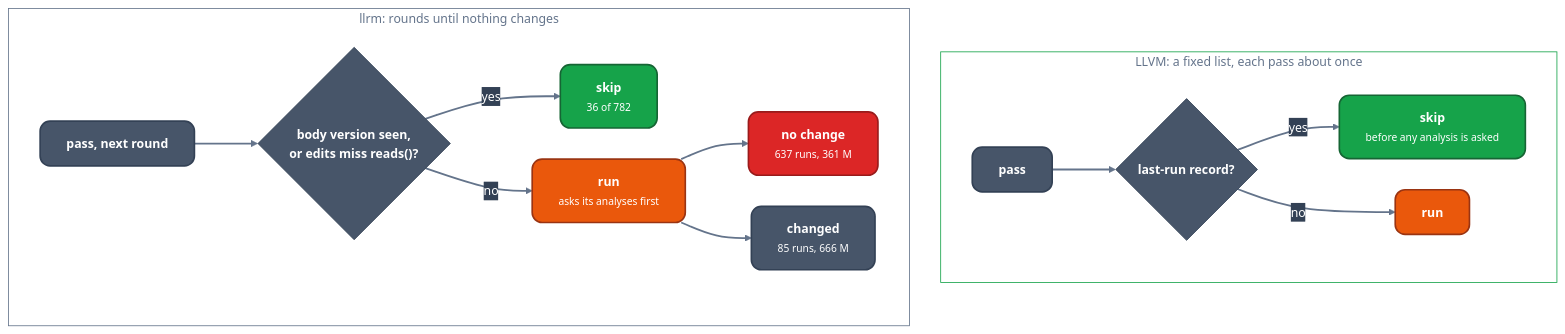
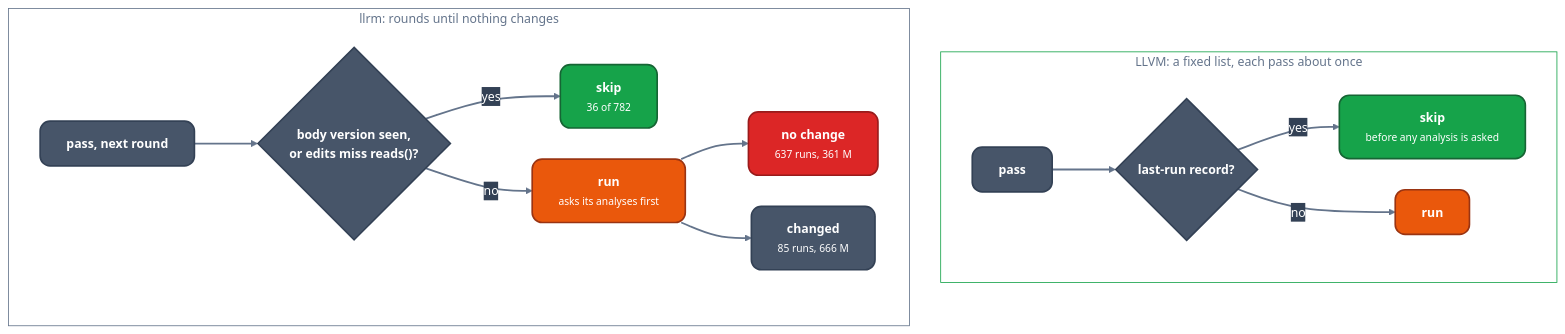
The diagram in docs/comparison/llvm/idle.md (ali-mosavian/llrm), drawn with Mermaid before and after one commit. The commit also changed 2 other files, not shown here.

Commit message:
docs(comparison): backend step by step on d_faces, figure classes and legend

````diff
--- a/docs/comparison/llvm/idle.md
+++ b/docs/comparison/llvm/idle.md
@@ -87,35 +87,35 @@
 ```mermaid
 %%{init: {'theme':'base','themeVariables':{'fontFamily':'Segoe UI, Helvetica Neue, Arial, DejaVu Sans, sans-serif','fontSize':'15px','primaryColor':'#475569','primaryTextColor':'#ffffff','primaryBorderColor':'#334155','lineColor':'#64748b','secondaryColor':'#475569','tertiaryColor':'transparent','clusterBkg':'transparent','clusterBorder':'#64748b','edgeLabelBackground':'#334155','textColor':'#64748b','titleColor':'#64748b'},'flowchart':{'curve':'basis','nodeSpacing':38,'rankSpacing':52,'padding':16,'wrappingWidth':360,'htmlLabels':true,'useMaxWidth':true}}}%%
 flowchart TB
   classDef mid fill:#475569,stroke:#334155,stroke-width:2px,color:#ffffff,rx:12px,ry:12px
   classDef opt fill:#ea580c,stroke:#9a3412,stroke-width:2px,color:#ffffff,rx:12px,ry:12px
   classDef out fill:#16a34a,stroke:#166534,stroke-width:2px,color:#ffffff,rx:12px,ry:12px
   classDef warn fill:#dc2626,stroke:#991b1b,stroke-width:2px,color:#ffffff,rx:12px,ry:12px
   linkStyle default stroke:#64748b,stroke-width:2.2px
   subgraph LV["LLVM: a fixed list, each pass about once"]
     direction LR
     a1["<b>pass</b>"]:::mid
-    a2{"<b>last-run record?</b>"}
+    a2{"<b>last-run record?</b>"}:::mid
     a3["<b>skip</b><br/><small>before any analysis is asked</small>"]:::out
     a4["<b>run</b>"]:::opt
     a1 --> a2
     a2 -->|"yes"| a3
     a2 -->|"no"| a4
   end
   subgraph RK["llrm: rounds until nothing changes"]
     direction LR
     b1["<b>pass, next round</b>"]:::mid
-    b2{"<b>body version seen,<br/>or edits miss reads()?</b>"}
+    b2{"<b>body version seen,<br/>or edits miss reads()?</b>"}:::mid
     b3["<b>skip</b><br/><small>36 of 782</small>"]:::out
     b4["<b>run</b><br/><small>asks its analyses first</small>"]:::opt
     b5["<b>no change</b><br/><small>637 runs, 361 M</small>"]:::warn
     b6["<b>changed</b><br/><small>85 runs, 666 M</small>"]:::mid
     b1 --> b2
     b2 -->|"yes"| b3
     b2 -->|"no"| b4
     b4 --> b5
     b4 --> b6
   end
   style LV fill:transparent,stroke:#16a34a
   style RK fill:transparent,stroke:#64748b
 ```
````
